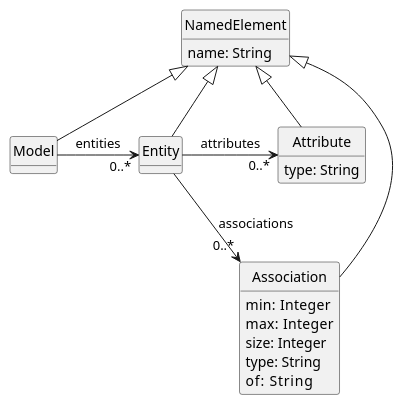
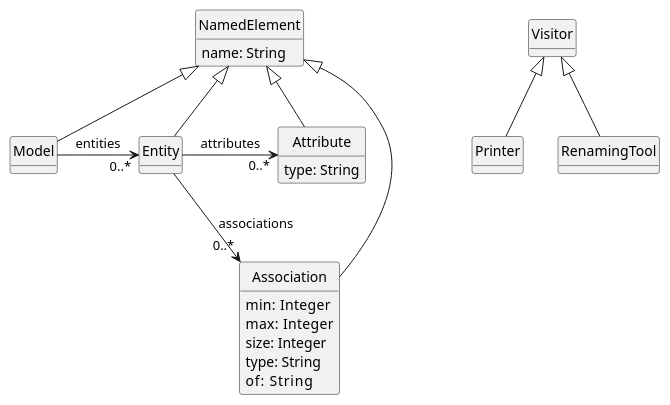
Before and after one commit to PierreLEDEZ/META-minispec: the diagram in meta_model.iuml, drawn with PlantUML.

```diff
--- a/meta_model.iuml
+++ b/meta_model.iuml
@@ -1,40 +1,47 @@
 @startuml
 skinparam monochrome true
 skinparam shadowing false
 skinparam classAttributeIconSize 0
 
 class NamedElement {
   name: String
 }
 
 class Model {
 }
 
 class Entity {
 }
 
 class Attribute {
   type: String
 }
 
 class Association {
   min:  Integer
   max:  Integer
   size: Integer
   type: String
   of:   String
 }
 
 
 NamedElement <|-- Model
 NamedElement <|-- Entity
 NamedElement <|-- Attribute
 NamedElement <|-- Association
 
 Model -right-> "0..*" Entity : entities
 Entity -right-> "0..*" Attribute: attributes
 Entity -down-> "0..*" Association: associations
 
+class Visitor {}
+class Printer {}
+class RenamingTool {}
+
+Visitor <|-- Printer
+Visitor <|-- RenamingTool
+
 hide circle
 hide methods
 @enduml
```
